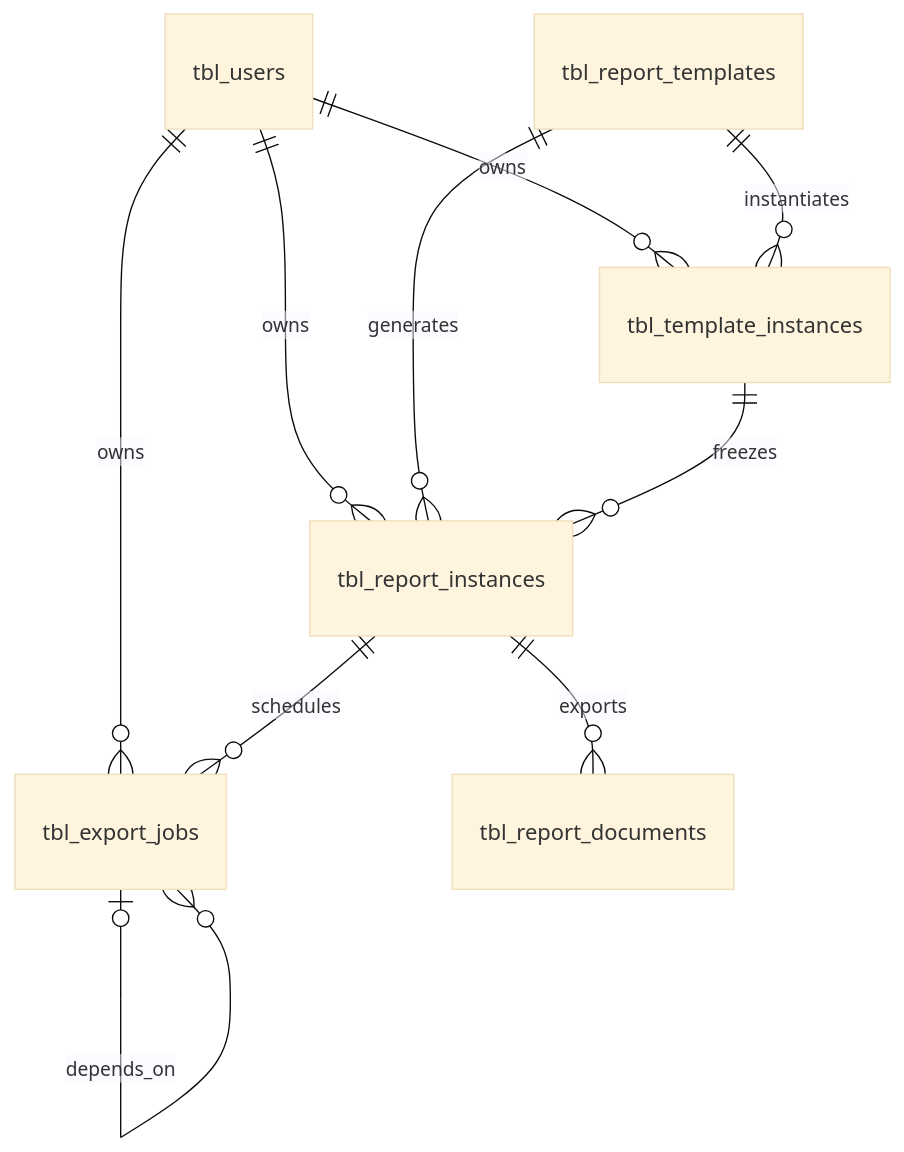
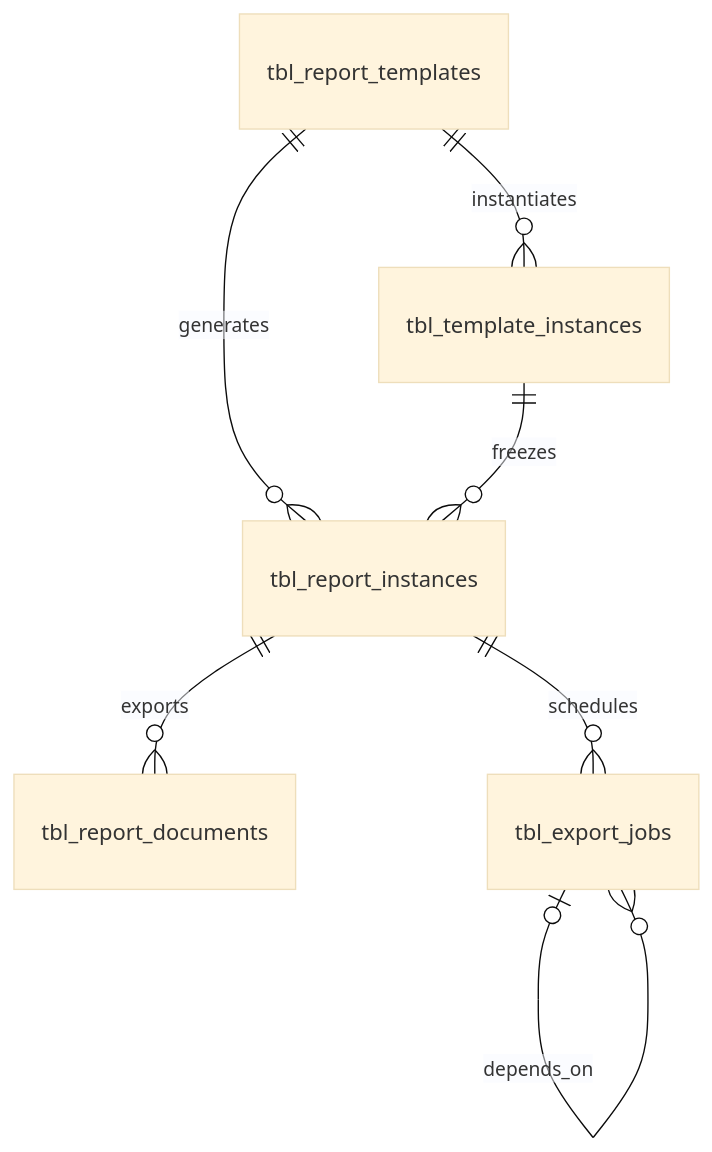
The first of 2 diagrams in docs/implementation/contracts/database/README.md (shel447/ReportSystem), drawn with Mermaid (base theme) before and after one commit. The commit also changed other lines of this file and 37 other files, not shown here.

````diff
--- a/docs/implementation/contracts/database/README.md
+++ b/docs/implementation/contracts/database/README.md
@@ -23,12 +23,9 @@
 ```mermaid
 erDiagram
-    tbl_users ||--o{ tbl_template_instances : owns
-    tbl_users ||--o{ tbl_report_instances : owns
-    tbl_users ||--o{ tbl_export_jobs : owns
     tbl_report_templates ||--o{ tbl_template_instances : instantiates
     tbl_report_templates ||--o{ tbl_report_instances : generates
     tbl_template_instances ||--o{ tbl_report_instances : freezes
     tbl_report_instances ||--o{ tbl_report_documents : exports
     tbl_report_instances ||--o{ tbl_export_jobs : schedules
     tbl_export_jobs o|--o{ tbl_export_jobs : depends_on
 ```
````
